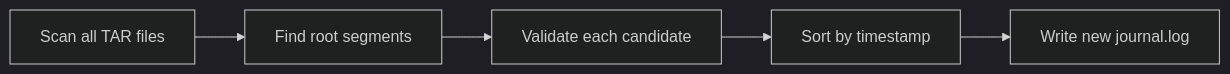
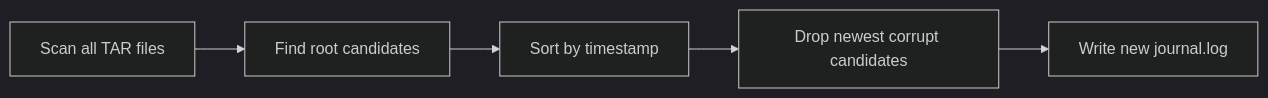
The diagram in docs/recovery/journal.md (somarc/oak-magnum-oakus), drawn with Mermaid (dark theme) before and after one commit. The commit also changed other lines of this file and 32 other files, not shown here.

````diff
--- a/docs/recovery/journal.md
+++ b/docs/recovery/journal.md
@@ -19,7 +19,7 @@
 ```mermaid
 flowchart LR
-    A[Scan all TAR files] --> B[Find root segments]
-    B --> C[Validate each candidate]
-    C --> D[Sort by timestamp]
+    A[Scan all TAR files] --> B[Find root candidates]
+    B --> C[Sort by timestamp]
+    C --> D[Drop newest corrupt candidates]
     D --> E[Write new journal.log]
 ```
````
